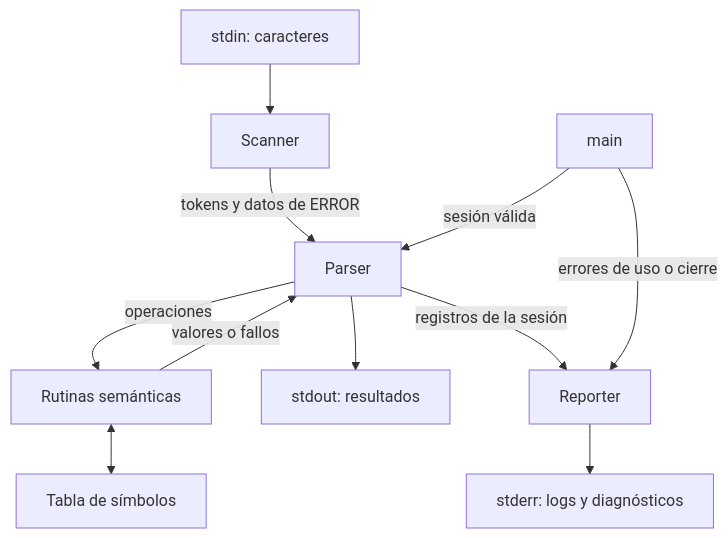
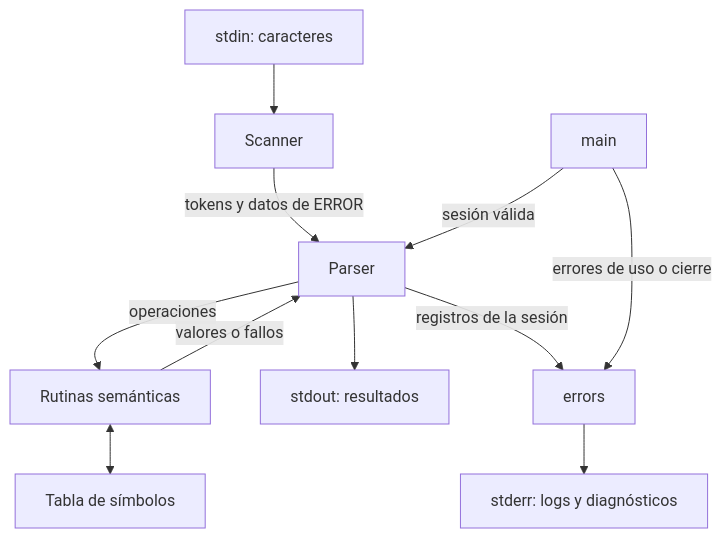
The third of 4 diagrams in 03-Calculadora/Calc.md (acoaquiraticona/SSLALE23), drawn with Mermaid before and after one commit. The commit also changed other lines of this file and 18 other files, not shown here.

````diff
--- a/03-Calculadora/Calc.md
+++ b/03-Calculadora/Calc.md
@@ -636,13 +691,13 @@
 ```mermaid
 flowchart TD
     Entrada["stdin: caracteres"] --> Scanner["Scanner"]
     Scanner -->|"tokens y datos de ERROR"| Parser["Parser"]
     Parser -->|"operaciones"| Semantica["Rutinas semánticas"]
     Semantica -->|"valores o fallos"| Parser
     Semantica <--> Simbolos["Tabla de símbolos"]
     Parser --> Salida["stdout: resultados"]
-    Parser -->|"registros de la sesión"| Reporter["Reporter"]
+    Parser -->|"registros de la sesión"| errors["errors"]
     Main["main"] -->|"sesión válida"| Parser
-    Main -->|"errores de uso o cierre"| Reporter
-    Reporter --> Diagnosticos["stderr: logs y diagnósticos"]
+    Main -->|"errores de uso o cierre"| errors
+    errors --> Diagnosticos["stderr: logs y diagnósticos"]
 ```
````
